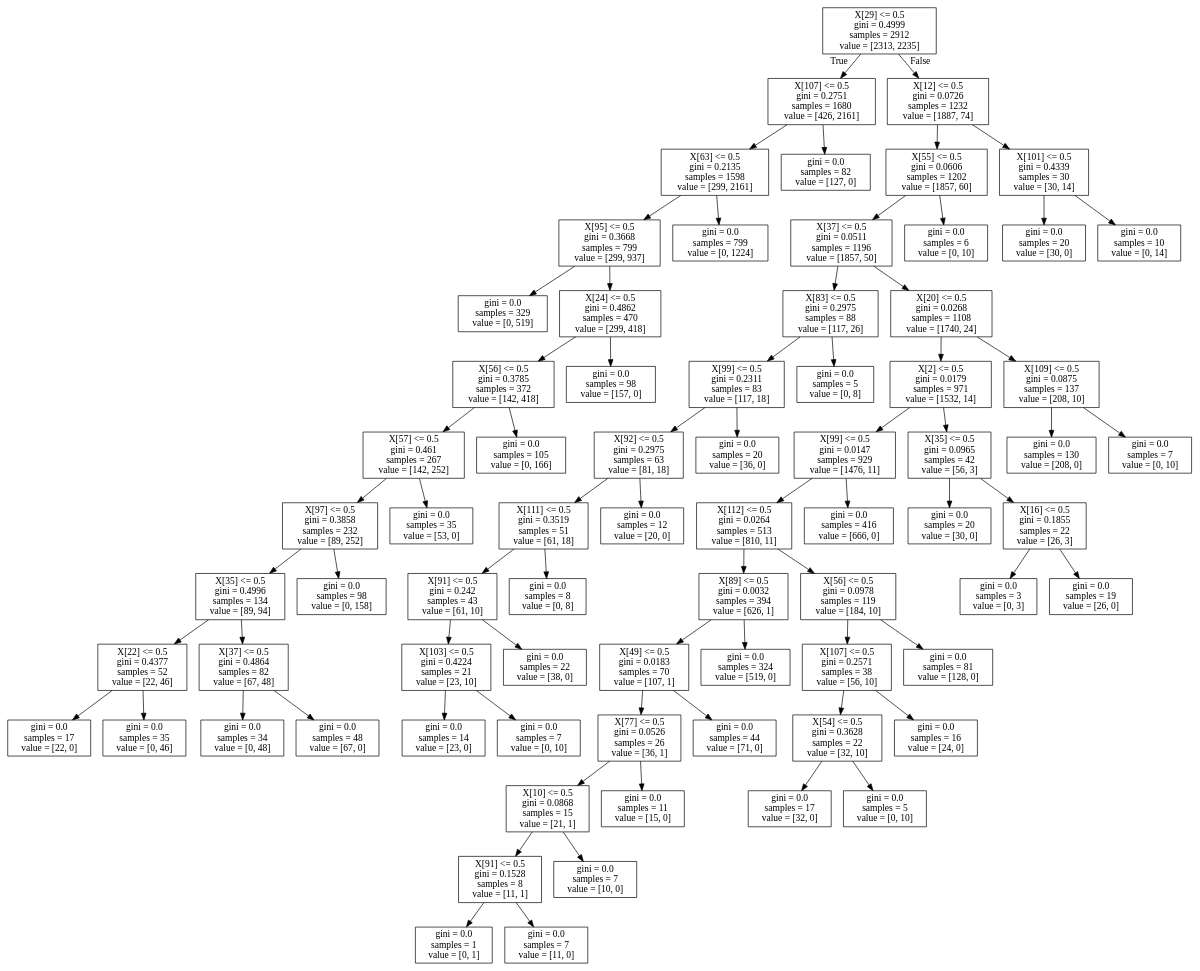
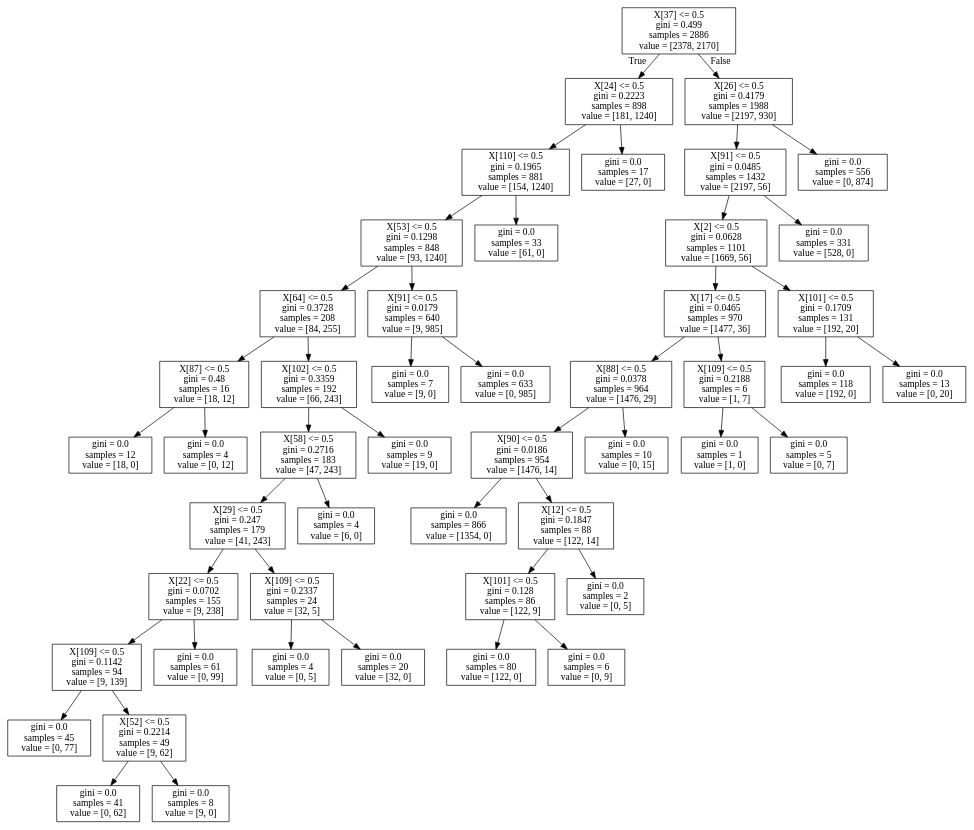
The diagram in tree_3.dot (CaptainDredge/DSG-Entry-Data-Science-Competition), drawn with Graphviz before and after one commit. The commit also changed 18 other files, not shown here.

```diff
--- a/tree_3.dot
+++ b/tree_3.dot
@@ -1,148 +1,100 @@
 digraph Tree {
 node [shape=box] ;
-0 [label="X[29] <= 0.5\ngini = 0.4999\nsamples = 2912\nvalue = [2313, 2235]"] ;
-1 [label="X[107] <= 0.5\ngini = 0.2751\nsamples = 1680\nvalue = [426, 2161]"] ;
+0 [label="X[37] <= 0.5\ngini = 0.499\nsamples = 2886\nvalue = [2378, 2170]"] ;
+1 [label="X[24] <= 0.5\ngini = 0.2223\nsamples = 898\nvalue = [181, 1240]"] ;
 0 -> 1 [labeldistance=2.5, labelangle=45, headlabel="True"] ;
-2 [label="X[63] <= 0.5\ngini = 0.2135\nsamples = 1598\nvalue = [299, 2161]"] ;
+2 [label="X[110] <= 0.5\ngini = 0.1965\nsamples = 881\nvalue = [154, 1240]"] ;
 1 -> 2 ;
-3 [label="X[95] <= 0.5\ngini = 0.3668\nsamples = 799\nvalue = [299, 937]"] ;
+3 [label="X[53] <= 0.5\ngini = 0.1298\nsamples = 848\nvalue = [93, 1240]"] ;
 2 -> 3 ;
-4 [label="gini = 0.0\nsamples = 329\nvalue = [0, 519]"] ;
+4 [label="X[64] <= 0.5\ngini = 0.3728\nsamples = 208\nvalue = [84, 255]"] ;
 3 -> 4 ;
-5 [label="X[24] <= 0.5\ngini = 0.4862\nsamples = 470\nvalue = [299, 418]"] ;
-3 -> 5 ;
-6 [label="X[56] <= 0.5\ngini = 0.3785\nsamples = 372\nvalue = [142, 418]"] ;
+5 [label="X[87] <= 0.5\ngini = 0.48\nsamples = 16\nvalue = [18, 12]"] ;
+4 -> 5 ;
+6 [label="gini = 0.0\nsamples = 12\nvalue = [18, 0]"] ;
 5 -> 6 ;
-7 [label="X[57] <= 0.5\ngini = 0.461\nsamples = 267\nvalue = [142, 252]"] ;
-6 -> 7 ;
-8 [label="X[97] <= 0.5\ngini = 0.3858\nsamples = 232\nvalue = [89, 252]"] ;
-7 -> 8 ;
-9 [label="X[35] <= 0.5\ngini = 0.4996\nsamples = 134\nvalue = [89, 94]"] ;
+7 [label="gini = 0.0\nsamples = 4\nvalue = [0, 12]"] ;
+5 -> 7 ;
+8 [label="X[102] <= 0.5\ngini = 0.3359\nsamples = 192\nvalue = [66, 243]"] ;
+4 -> 8 ;
+9 [label="X[58] <= 0.5\ngini = 0.2716\nsamples = 183\nvalue = [47, 243]"] ;
 8 -> 9 ;
-10 [label="X[22] <= 0.5\ngini = 0.4377\nsamples = 52\nvalue = [22, 46]"] ;
+10 [label="X[29] <= 0.5\ngini = 0.247\nsamples = 179\nvalue = [41, 243]"] ;
 9 -> 10 ;
-11 [label="gini = 0.0\nsamples = 17\nvalue = [22, 0]"] ;
+11 [label="X[22] <= 0.5\ngini = 0.0702\nsamples = 155\nvalue = [9, 238]"] ;
 10 -> 11 ;
-12 [label="gini = 0.0\nsamples = 35\nvalue = [0, 46]"] ;
-10 -> 12 ;
-13 [label="X[37] <= 0.5\ngini = 0.4864\nsamples = 82\nvalue = [67, 48]"] ;
-9 -> 13 ;
-14 [label="gini = 0.0\nsamples = 34\nvalue = [0, 48]"] ;
-13 -> 14 ;
-15 [label="gini = 0.0\nsamples = 48\nvalue = [67, 0]"] ;
-13 -> 15 ;
-16 [label="gini = 0.0\nsamples = 98\nvalue = [0, 158]"] ;
-8 -> 16 ;
-17 [label="gini = 0.0\nsamples = 35\nvalue = [53, 0]"] ;
-7 -> 17 ;
-18 [label="gini = 0.0\nsamples = 105\nvalue = [0, 166]"] ;
-6 -> 18 ;
-19 [label="gini = 0.0\nsamples = 98\nvalue = [157, 0]"] ;
-5 -> 19 ;
-20 [label="gini = 0.0\nsamples = 799\nvalue = [0, 1224]"] ;
-2 -> 20 ;
-21 [label="gini = 0.0\nsamples = 82\nvalue = [127, 0]"] ;
-1 -> 21 ;
-22 [label="X[12] <= 0.5\ngini = 0.0726\nsamples = 1232\nvalue = [1887, 74]"] ;
-0 -> 22 [labeldistance=2.5, labelangle=-45, headlabel="False"] ;
-23 [label="X[55] <= 0.5\ngini = 0.0606\nsamples = 1202\nvalue = [1857, 60]"] ;
-22 -> 23 ;
-24 [label="X[37] <= 0.5\ngini = 0.0511\nsamples = 1196\nvalue = [1857, 50]"] ;
+12 [label="X[109] <= 0.5\ngini = 0.1142\nsamples = 94\nvalue = [9, 139]"] ;
+11 -> 12 ;
+13 [label="gini = 0.0\nsamples = 45\nvalue = [0, 77]"] ;
+12 -> 13 ;
+14 [label="X[52] <= 0.5\ngini = 0.2214\nsamples = 49\nvalue = [9, 62]"] ;
+12 -> 14 ;
+15 [label="gini = 0.0\nsamples = 41\nvalue = [0, 62]"] ;
+14 -> 15 ;
+16 [label="gini = 0.0\nsamples = 8\nvalue = [9, 0]"] ;
+14 -> 16 ;
+17 [label="gini = 0.0\nsamples = 61\nvalue = [0, 99]"] ;
+11 -> 17 ;
+18 [label="X[109] <= 0.5\ngini = 0.2337\nsamples = 24\nvalue = [32, 5]"] ;
+10 -> 18 ;
+19 [label="gini = 0.0\nsamples = 4\nvalue = [0, 5]"] ;
+18 -> 19 ;
+20 [label="gini = 0.0\nsamples = 20\nvalue = [32, 0]"] ;
+18 -> 20 ;
+21 [label="gini = 0.0\nsamples = 4\nvalue = [6, 0]"] ;
+9 -> 21 ;
+22 [label="gini = 0.0\nsamples = 9\nvalue = [19, 0]"] ;
+8 -> 22 ;
+23 [label="X[91] <= 0.5\ngini = 0.0179\nsamples = 640\nvalue = [9, 985]"] ;
+3 -> 23 ;
+24 [label="gini = 0.0\nsamples = 7\nvalue = [9, 0]"] ;
 23 -> 24 ;
-25 [label="X[83] <= 0.5\ngini = 0.2975\nsamples = 88\nvalue = [117, 26]"] ;
-24 -> 25 ;
-26 [label="X[99] <= 0.5\ngini = 0.2311\nsamples = 83\nvalue = [117, 18]"] ;
-25 -> 26 ;
-27 [label="X[92] <= 0.5\ngini = 0.2975\nsamples = 63\nvalue = [81, 18]"] ;
-26 -> 27 ;
-28 [label="X[111] <= 0.5\ngini = 0.3519\nsamples = 51\nvalue = [61, 18]"] ;
-27 -> 28 ;
-29 [label="X[91] <= 0.5\ngini = 0.242\nsamples = 43\nvalue = [61, 10]"] ;
+25 [label="gini = 0.0\nsamples = 633\nvalue = [0, 985]"] ;
+23 -> 25 ;
+26 [label="gini = 0.0\nsamples = 33\nvalue = [61, 0]"] ;
+2 -> 26 ;
+27 [label="gini = 0.0\nsamples = 17\nvalue = [27, 0]"] ;
+1 -> 27 ;
+28 [label="X[26] <= 0.5\ngini = 0.4179\nsamples = 1988\nvalue = [2197, 930]"] ;
+0 -> 28 [labeldistance=2.5, labelangle=-45, headlabel="False"] ;
+29 [label="X[91] <= 0.5\ngini = 0.0485\nsamples = 1432\nvalue = [2197, 56]"] ;
 28 -> 29 ;
-30 [label="X[103] <= 0.5\ngini = 0.4224\nsamples = 21\nvalue = [23, 10]"] ;
+30 [label="X[2] <= 0.5\ngini = 0.0628\nsamples = 1101\nvalue = [1669, 56]"] ;
 29 -> 30 ;
-31 [label="gini = 0.0\nsamples = 14\nvalue = [23, 0]"] ;
+31 [label="X[17] <= 0.5\ngini = 0.0465\nsamples = 970\nvalue = [1477, 36]"] ;
 30 -> 31 ;
-32 [label="gini = 0.0\nsamples = 7\nvalue = [0, 10]"] ;
-30 -> 32 ;
-33 [label="gini = 0.0\nsamples = 22\nvalue = [38, 0]"] ;
-29 -> 33 ;
-34 [label="gini = 0.0\nsamples = 8\nvalue = [0, 8]"] ;
-28 -> 34 ;
-35 [label="gini = 0.0\nsamples = 12\nvalue = [20, 0]"] ;
-27 -> 35 ;
-36 [label="gini = 0.0\nsamples = 20\nvalue = [36, 0]"] ;
-26 -> 36 ;
-37 [label="gini = 0.0\nsamples = 5\nvalue = [0, 8]"] ;
-25 -> 37 ;
-38 [label="X[20] <= 0.5\ngini = 0.0268\nsamples = 1108\nvalue = [1740, 24]"] ;
-24 -> 38 ;
-39 [label="X[2] <= 0.5\ngini = 0.0179\nsamples = 971\nvalue = [1532, 14]"] ;
-38 -> 39 ;
-40 [label="X[99] <= 0.5\ngini = 0.0147\nsamples = 929\nvalue = [1476, 11]"] ;
-39 -> 40 ;
-41 [label="X[112] <= 0.5\ngini = 0.0264\nsamples = 513\nvalue = [810, 11]"] ;
-40 -> 41 ;
-42 [label="X[89] <= 0.5\ngini = 0.0032\nsamples = 394\nvalue = [626, 1]"] ;
+32 [label="X[88] <= 0.5\ngini = 0.0378\nsamples = 964\nvalue = [1476, 29]"] ;
+31 -> 32 ;
+33 [label="X[90] <= 0.5\ngini = 0.0186\nsamples = 954\nvalue = [1476, 14]"] ;
+32 -> 33 ;
+34 [label="gini = 0.0\nsamples = 866\nvalue = [1354, 0]"] ;
+33 -> 34 ;
+35 [label="X[12] <= 0.5\ngini = 0.1847\nsamples = 88\nvalue = [122, 14]"] ;
+33 -> 35 ;
+36 [label="X[101] <= 0.5\ngini = 0.128\nsamples = 86\nvalue = [122, 9]"] ;
+35 -> 36 ;
+37 [label="gini = 0.0\nsamples = 80\nvalue = [122, 0]"] ;
+36 -> 37 ;
+38 [label="gini = 0.0\nsamples = 6\nvalue = [0, 9]"] ;
+36 -> 38 ;
+39 [label="gini = 0.0\nsamples = 2\nvalue = [0, 5]"] ;
+35 -> 39 ;
+40 [label="gini = 0.0\nsamples = 10\nvalue = [0, 15]"] ;
+32 -> 40 ;
+41 [label="X[109] <= 0.5\ngini = 0.2188\nsamples = 6\nvalue = [1, 7]"] ;
+31 -> 41 ;
+42 [label="gini = 0.0\nsamples = 1\nvalue = [1, 0]"] ;
 41 -> 42 ;
-43 [label="X[49] <= 0.5\ngini = 0.0183\nsamples = 70\nvalue = [107, 1]"] ;
-42 -> 43 ;
-44 [label="X[77] <= 0.5\ngini = 0.0526\nsamples = 26\nvalue = [36, 1]"] ;
-43 -> 44 ;
-45 [label="X[10] <= 0.5\ngini = 0.0868\nsamples = 15\nvalue = [21, 1]"] ;
+43 [label="gini = 0.0\nsamples = 5\nvalue = [0, 7]"] ;
+41 -> 43 ;
+44 [label="X[101] <= 0.5\ngini = 0.1709\nsamples = 131\nvalue = [192, 20]"] ;
+30 -> 44 ;
+45 [label="gini = 0.0\nsamples = 118\nvalue = [192, 0]"] ;
 44 -> 45 ;
-46 [label="X[91] <= 0.5\ngini = 0.1528\nsamples = 8\nvalue = [11, 1]"] ;
-45 -> 46 ;
-47 [label="gini = 0.0\nsamples = 1\nvalue = [0, 1]"] ;
-46 -> 47 ;
-48 [label="gini = 0.0\nsamples = 7\nvalue = [11, 0]"] ;
-46 -> 48 ;
-49 [label="gini = 0.0\nsamples = 7\nvalue = [10, 0]"] ;
-45 -> 49 ;
-50 [label="gini = 0.0\nsamples = 11\nvalue = [15, 0]"] ;
-44 -> 50 ;
-51 [label="gini = 0.0\nsamples = 44\nvalue = [71, 0]"] ;
-43 -> 51 ;
-52 [label="gini = 0.0\nsamples = 324\nvalue = [519, 0]"] ;
-42 -> 52 ;
-53 [label="X[56] <= 0.5\ngini = 0.0978\nsamples = 119\nvalue = [184, 10]"] ;
-41 -> 53 ;
-54 [label="X[107] <= 0.5\ngini = 0.2571\nsamples = 38\nvalue = [56, 10]"] ;
-53 -> 54 ;
-55 [label="X[54] <= 0.5\ngini = 0.3628\nsamples = 22\nvalue = [32, 10]"] ;
-54 -> 55 ;
-56 [label="gini = 0.0\nsamples = 17\nvalue = [32, 0]"] ;
-55 -> 56 ;
-57 [label="gini = 0.0\nsamples = 5\nvalue = [0, 10]"] ;
-55 -> 57 ;
-58 [label="gini = 0.0\nsamples = 16\nvalue = [24, 0]"] ;
-54 -> 58 ;
-59 [label="gini = 0.0\nsamples = 81\nvalue = [128, 0]"] ;
-53 -> 59 ;
-60 [label="gini = 0.0\nsamples = 416\nvalue = [666, 0]"] ;
-40 -> 60 ;
-61 [label="X[35] <= 0.5\ngini = 0.0965\nsamples = 42\nvalue = [56, 3]"] ;
-39 -> 61 ;
-62 [label="gini = 0.0\nsamples = 20\nvalue = [30, 0]"] ;
-61 -> 62 ;
-63 [label="X[16] <= 0.5\ngini = 0.1855\nsamples = 22\nvalue = [26, 3]"] ;
-61 -> 63 ;
-64 [label="gini = 0.0\nsamples = 3\nvalue = [0, 3]"] ;
-63 -> 64 ;
-65 [label="gini = 0.0\nsamples = 19\nvalue = [26, 0]"] ;
-63 -> 65 ;
-66 [label="X[109] <= 0.5\ngini = 0.0875\nsamples = 137\nvalue = [208, 10]"] ;
-38 -> 66 ;
-67 [label="gini = 0.0\nsamples = 130\nvalue = [208, 0]"] ;
-66 -> 67 ;
-68 [label="gini = 0.0\nsamples = 7\nvalue = [0, 10]"] ;
-66 -> 68 ;
-69 [label="gini = 0.0\nsamples = 6\nvalue = [0, 10]"] ;
-23 -> 69 ;
-70 [label="X[101] <= 0.5\ngini = 0.4339\nsamples = 30\nvalue = [30, 14]"] ;
-22 -> 70 ;
-71 [label="gini = 0.0\nsamples = 20\nvalue = [30, 0]"] ;
-70 -> 71 ;
-72 [label="gini = 0.0\nsamples = 10\nvalue = [0, 14]"] ;
-70 -> 72 ;
+46 [label="gini = 0.0\nsamples = 13\nvalue = [0, 20]"] ;
+44 -> 46 ;
+47 [label="gini = 0.0\nsamples = 331\nvalue = [528, 0]"] ;
+29 -> 47 ;
+48 [label="gini = 0.0\nsamples = 556\nvalue = [0, 874]"] ;
+28 -> 48 ;
 }
```
